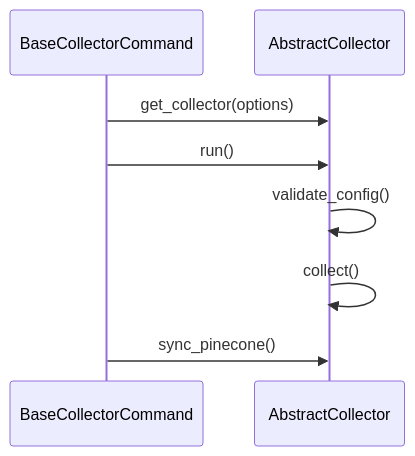
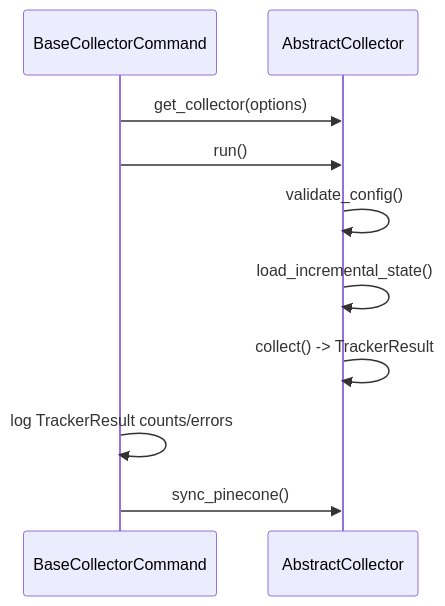
The second of 3 diagrams in docs/Tutorial_building_a_collector.md (snowfox1003/boost-data-collector-django), drawn with Mermaid before and after one commit. The commit also changed other lines of this file and 54 other files, not shown here.

First line of the commit message:
feat(core): require TrackerResult from collectors and migrate in-repo trackers (#279)

````diff
--- a/docs/Tutorial_building_a_collector.md
+++ b/docs/Tutorial_building_a_collector.md
@@ -152,10 +154,12 @@
 ```mermaid
 sequenceDiagram
   participant Cmd as BaseCollectorCommand
   participant Col as AbstractCollector
   Cmd->>Col: get_collector(options)
   Cmd->>Col: run()
   Col->>Col: validate_config()
-  Col->>Col: collect()
+  Col->>Col: load_incremental_state()
+  Col->>Col: collect() -> TrackerResult
+  Cmd->>Cmd: log TrackerResult counts/errors
   Cmd->>Col: sync_pinecone()
 ```
````
